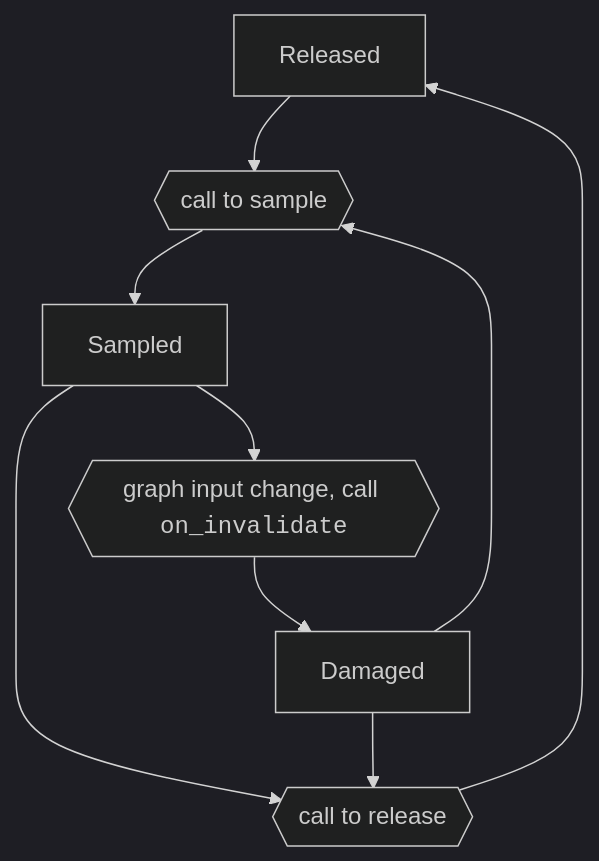
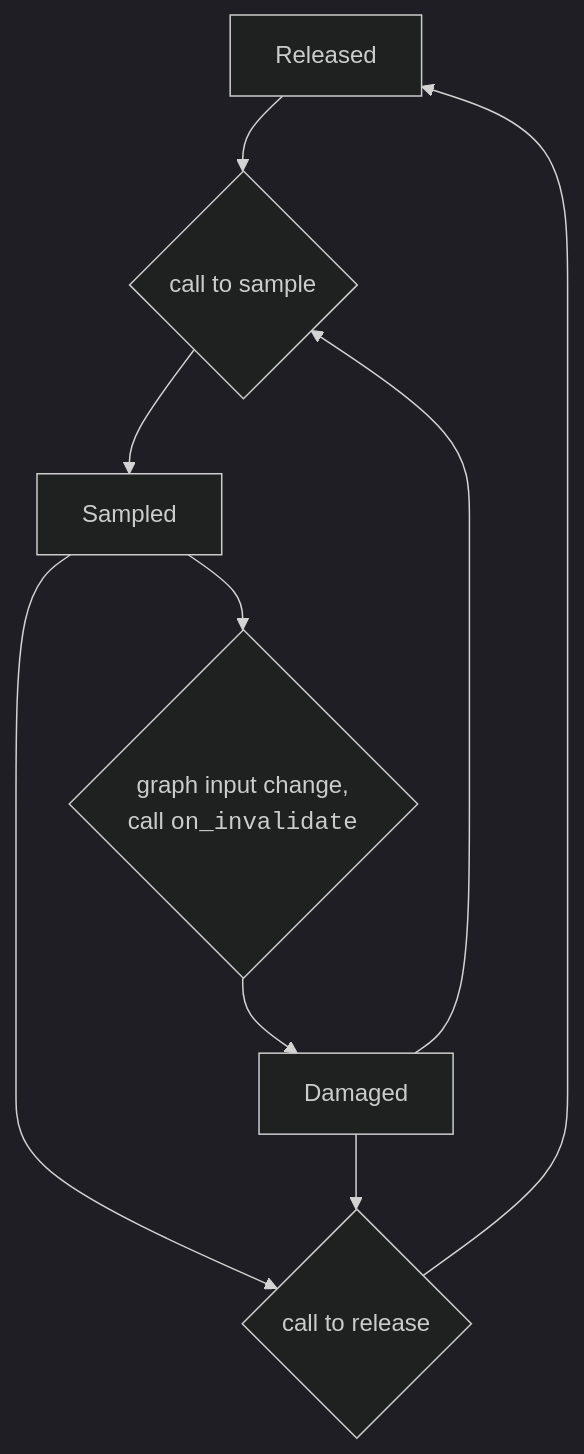
Before and after one commit to let-def/lwd: the diagram in README.md, drawn with Mermaid (dark theme).

````diff
--- a/README.md
+++ b/README.md
@@ -146,17 +146,17 @@
 ```mermaid
 graph TD;
     R[Released]
     S[Sampled]
     D[Damaged]
-    s{{call to sample}}
-    i{{graph input change, call <tt>on_invalidate</tt>}}
-    r{{call to release}}
+    s{"call to sample"}
+    i{"graph input change,<br/>call <tt>on_invalidate</tt>"}
+    r{"call to release"}
     R-->s
     s-->S
     D-->s
     S-->i
     i-->D
     S-->r
     D-->r
     r-->R
 ```
````
